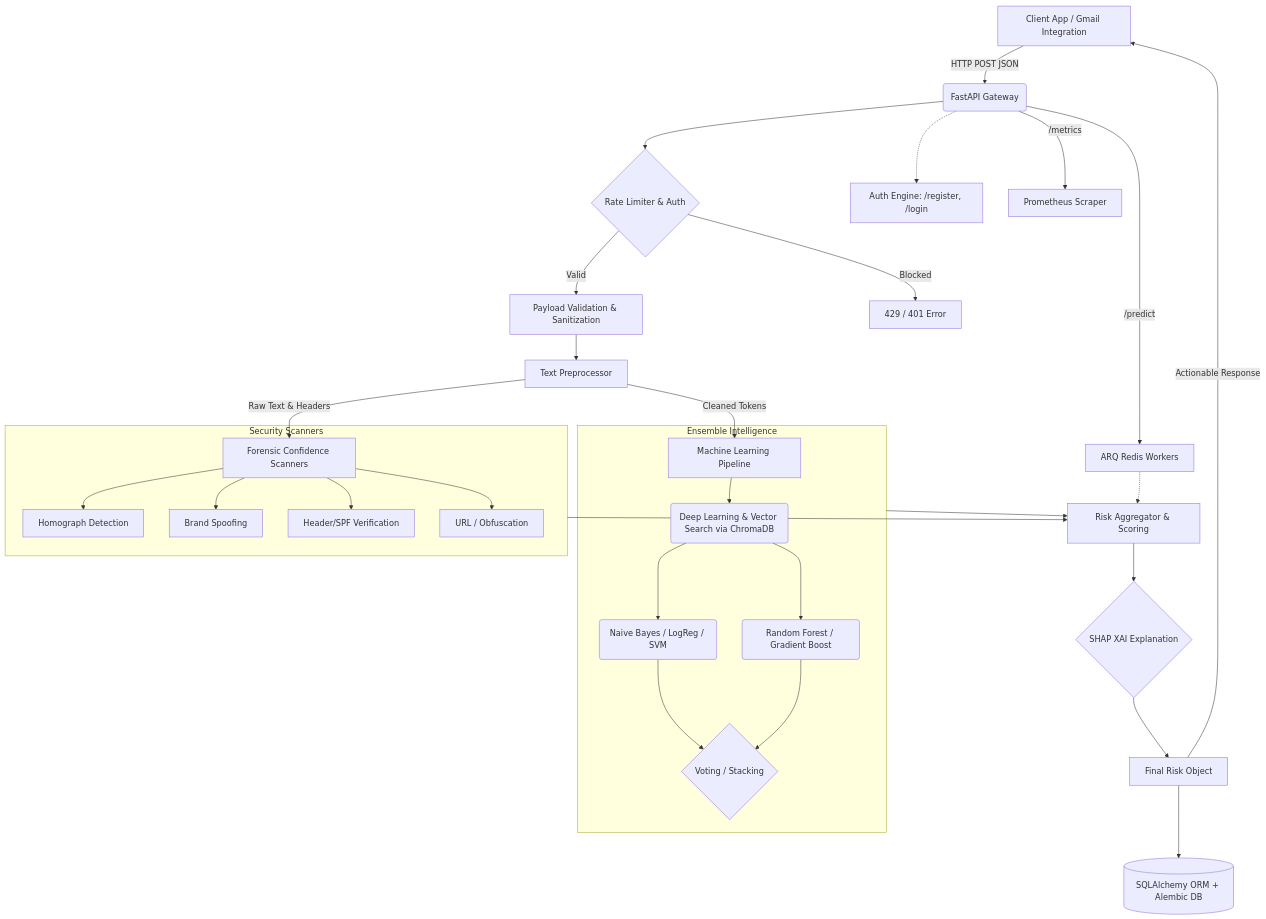
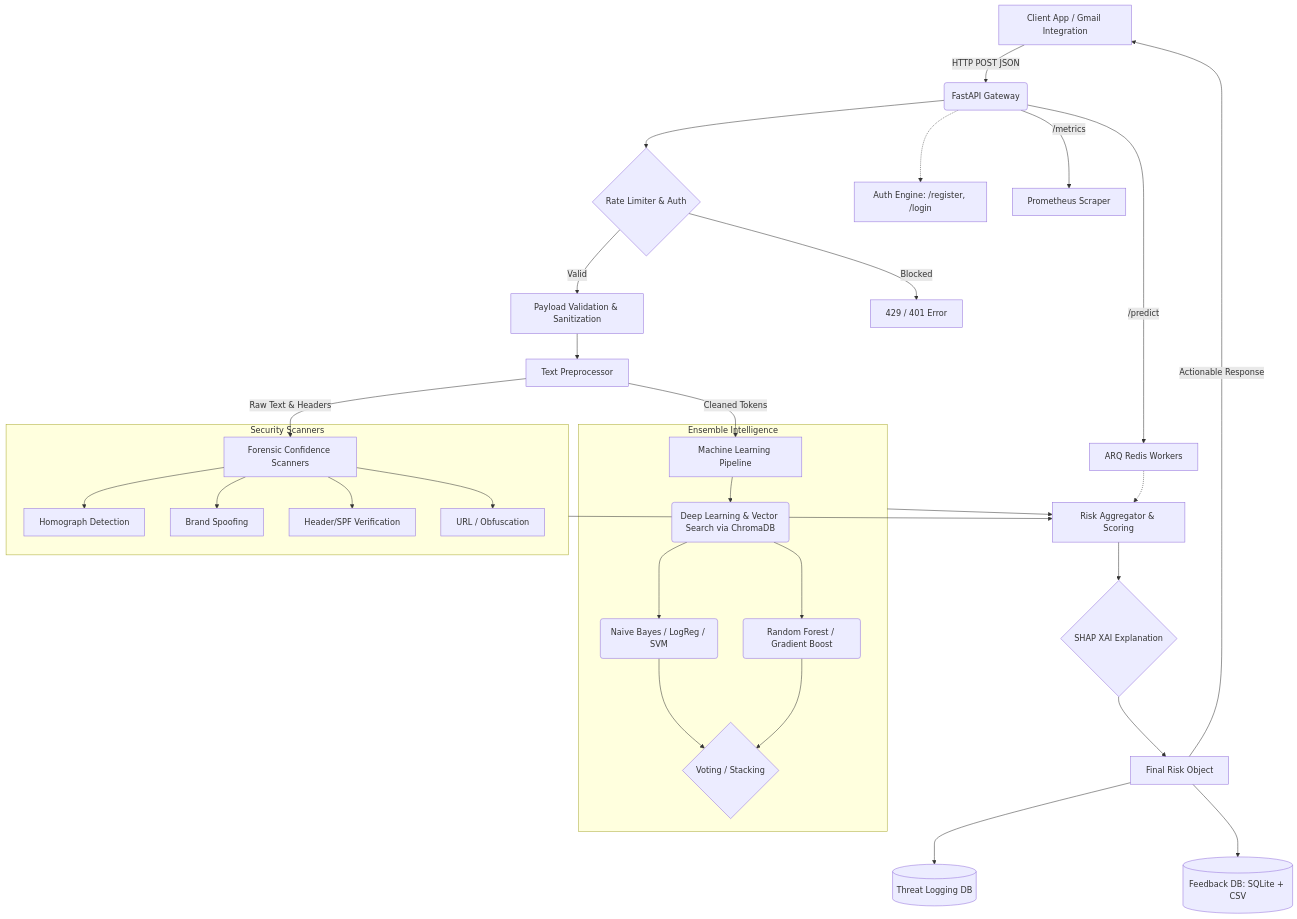
The diagram in docs/ARCHITECTURE.md (VIPHACKER100/PhishShield-Engine), drawn with Mermaid before and after one commit. The commit also changed other lines of this file and 13 other files, not shown here.

````diff
--- a/docs/ARCHITECTURE.md
+++ b/docs/ARCHITECTURE.md
@@ -11,56 +11,57 @@
 ```mermaid
 graph TD
     %% Entry points
     A[Client App / Gmail Integration] -->|HTTP POST JSON| B(FastAPI Gateway)
     
     %% Security & Auth
     B --> C{Rate Limiter & Auth}
     C -- Valid --> D[Payload Validation & Sanitization]
     C -- Blocked --> E[429 / 401 Error]
 
     %% Main Auth Endpoints
     B -.-> B_Auth[Auth Engine: /register, /login]
 
     %% Transformation
     D --> F[Text Preprocessor]
     
     %% Twin pipelines
     F -->|Raw Text & Headers| G[Forensic Confidence Scanners]
     F -->|Cleaned Tokens| H[Machine Learning Pipeline]
 
     %% Scanners
     subgraph Forensics[Security Scanners]
         G1[Homograph Detection]
         G2[Brand Spoofing]
         G3[Header/SPF Verification]
         G4[URL / Obfuscation]
         G --> G1 & G2 & G3 & G4
     end
 
     %% ML Engine
     subgraph MachineLearning[Ensemble Intelligence]
         H1(Deep Learning & Vector Search via ChromaDB)
         H2(Naive Bayes / LogReg / SVM)
         H3(Random Forest / Gradient Boost)
         H --> H1
         H1 --> H2 & H3
         H2 & H3 --> H4{Voting / Stacking}
     end
 
     %% Aggregation
     Forensics --> I[Risk Aggregator & Scoring]
     MachineLearning --> I
     
     %% Background Jobs & Analytics
     B -- /metrics --> P[Prometheus Scraper]
     B -- /predict --> ARQ[ARQ Redis Workers]
     ARQ -.-> I
     
     %% Output
     I --> J{"SHAP XAI Explanation"}
     J --> K[Final Risk Object]
     
     %% Logging & Storage
-    K --> L[(SQLAlchemy ORM + Alembic DB)]
+    K --> L[(Threat Logging DB)]
+    K --> FDB[(Feedback DB: SQLite + CSV)]
     K -->|Actionable Response| A
 ```
````
